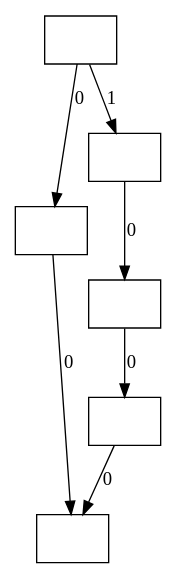
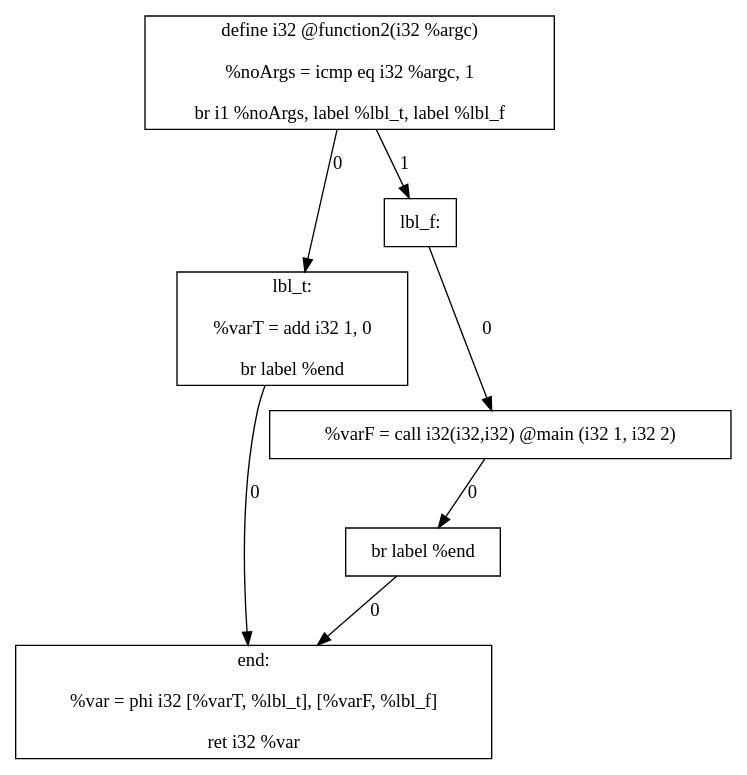
The diagram in function2.dot (danielosw/eecs-677-project-2), drawn with Graphviz before and after one commit. The commit also changed 7 other files, not shown here.

```diff
--- a/function2.dot
+++ b/function2.dot
@@ -1,14 +1,14 @@
 digraph {
-		Node0 [shape=record,label=""]
-		Node1 [shape=record,label=""]
-		Node2 [shape=record,label=""]
-		Node3 [shape=record,label=""]
-		Node4 [shape=record,label=""]
-		Node5 [shape=record,label=""]
+		Node0 [shape=record,label="define i32 @function2(i32 %argc) \n\n        %noArgs = icmp eq i32 %argc, 1\n\n        br i1 %noArgs, label %lbl_t, label %lbl_f\n"]
+		Node1 [shape=record,label="lbl_t:\n\n        %varT = add i32 1, 0\n\n        br label %end\n"]
+		Node2 [shape=record,label="lbl_f:\n"]
+		Node3 [shape=record,label="        %varF = call i32(i32,i32) @main  (i32 1, i32 2)\n"]
+		Node4 [shape=record,label="        br label %end\n"]
+		Node5 [shape=record,label="end:\n\n        %var = phi i32 [%varT, %lbl_t], [%varF, %lbl_f]\n\n        ret i32 %var\n"]
 		Node0 -> Node1 [label=0];
 		Node0 -> Node2 [label=1];
 		Node1 -> Node5 [label=0];
 		Node2 -> Node3 [label=0];
 		Node3 -> Node4 [label=0];
 		Node4 -> Node5 [label=0];
 }
```
